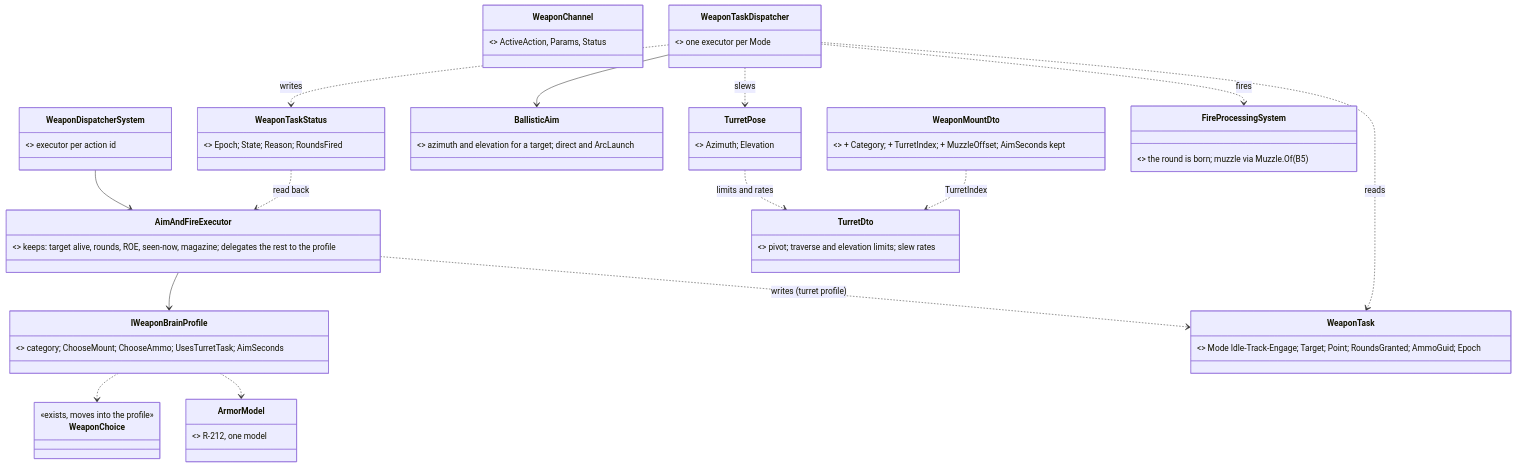
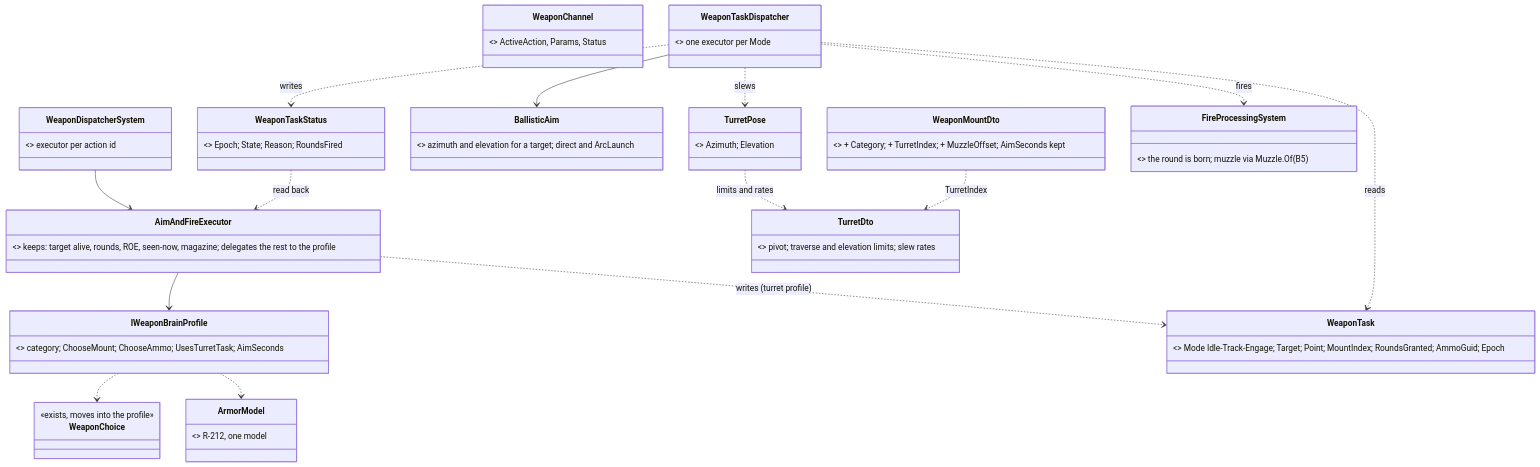
The second of 9 diagrams in docs/DESIGN_Weapon_Layers.md (pjanec/HROT), drawn with Mermaid before and after one commit. The commit also changed other lines of this file and 2 other files, not shown here.

First line of the commit message:
docs(CE-1049): W-11 approved — the weapon task lives on the turret part (R-267); M23 part-id rationale per the user

````diff
--- a/docs/DESIGN_Weapon_Layers.md
+++ b/docs/DESIGN_Weapon_Layers.md
@@ -96,30 +96,30 @@
 ```mermaid
 classDiagram
   class WeaponChannel { <<exists, Brain>> ActiveAction, Params, Status }
   class WeaponDispatcherSystem { <<exists, Brain>> executor per action id }
   class IWeaponBrainProfile { <<new, Brain>> category; ChooseMount; ChooseAmmo; UsesTurretTask; AimSeconds }
   class AimAndFireExecutor { <<exists, split>> keeps: target alive, rounds, ROE, seen-now, magazine; delegates the rest to the profile }
   class WeaponChoice { <<exists, moves into the profile>> }
   class ArmorModel { <<exists>> R-212, one model }
-  class WeaponTask { <<new, Brain-owned, keyed parent + mount index>> Mode Idle-Track-Engage; Target; Point; RoundsGranted; AmmoGuid; Epoch }
-  class WeaponTaskStatus { <<new, Muscle-owned, keyed parent + mount index>> Epoch; State; Reason; RoundsFired }
+  class WeaponTask { <<new, Brain-owned, on the turret part, W-11>> Mode Idle-Track-Engage; Target; Point; MountIndex; RoundsGranted; AmmoGuid; Epoch }
+  class WeaponTaskStatus { <<new, Muscle-owned, on the turret part, W-11>> Epoch; State; Reason; RoundsFired }
   class WeaponTaskDispatcher { <<new, Muscle>> one executor per Mode }
   class BallisticAim { <<new, Muscle>> azimuth and elevation for a target; direct and ArcLaunch }
   class TurretPose { <<new, Muscle-owned, on the turret part>> Azimuth; Elevation }
   class TurretDto { <<new TKB>> pivot; traverse and elevation limits; slew rates }
   class WeaponMountDto { <<exists TKB>> + Category; + TurretIndex; + MuzzleOffset; AimSeconds kept }
   class FireProcessingSystem { <<exists, Muscle>> the round is born; muzzle via Muzzle.Of (B5) }
   WeaponDispatcherSystem --> AimAndFireExecutor
   AimAndFireExecutor --> IWeaponBrainProfile
   IWeaponBrainProfile ..> WeaponChoice
   IWeaponBrainProfile ..> ArmorModel
   AimAndFireExecutor ..> WeaponTask : writes (turret profile)
   WeaponTaskStatus ..> AimAndFireExecutor : read back
   WeaponTaskDispatcher ..> WeaponTask : reads
   WeaponTaskDispatcher ..> WeaponTaskStatus : writes
   WeaponTaskDispatcher --> BallisticAim
   WeaponTaskDispatcher ..> TurretPose : slews
   WeaponTaskDispatcher ..> FireProcessingSystem : fires
   TurretPose ..> TurretDto : limits and rates
   WeaponMountDto ..> TurretDto : TurretIndex
 ```
````
